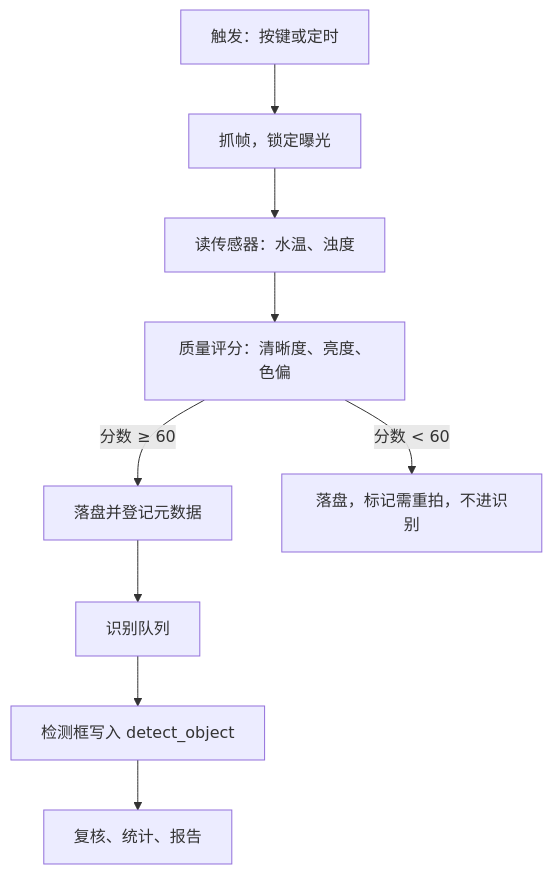
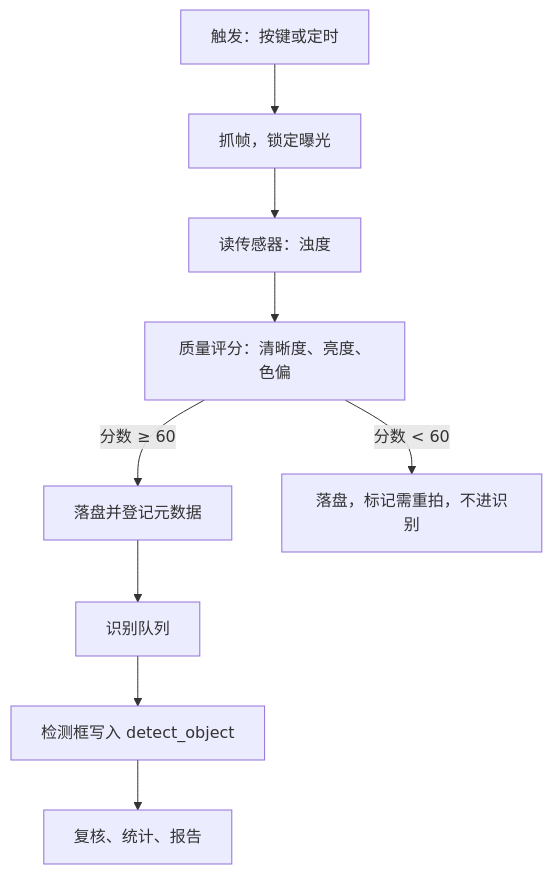
The second of 2 diagrams in docs/architecture-zh.md (FrozenYty/aquavision), drawn with Mermaid before and after one commit. The commit also changed 6 other files, not shown here.

````diff
--- a/docs/architecture-zh.md
+++ b/docs/architecture-zh.md
@@ -95,11 +95,11 @@
 ```mermaid
 flowchart TD
     A[触发：按键或定时] --> B[抓帧，锁定曝光]
-    B --> C[读传感器：水温、浊度]
+    B --> C[读传感器：浊度]
     C --> D[质量评分：清晰度、亮度、色偏]
     D -->|分数 ≥ 60| E[落盘并登记元数据]
     D -->|分数 < 60| F[落盘，标记需重拍，不进识别]
     E --> G[识别队列]
     G --> H[检测框写入 detect_object]
     H --> I[复核、统计、报告]
 ```
````
